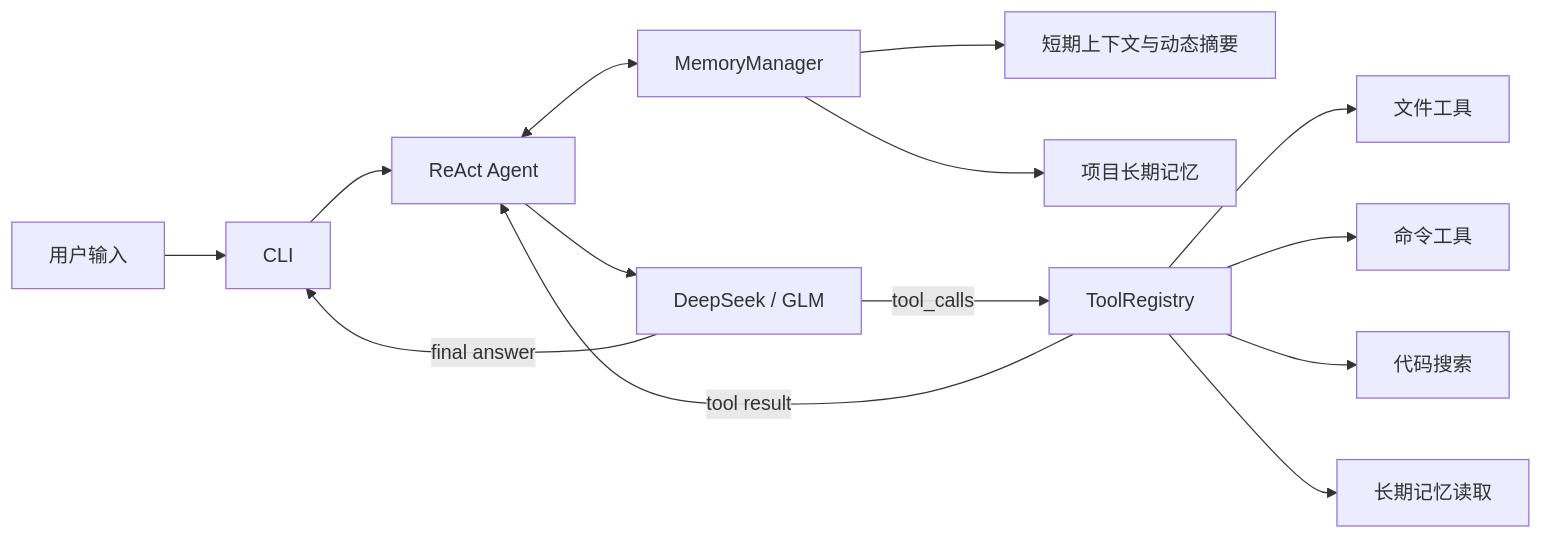
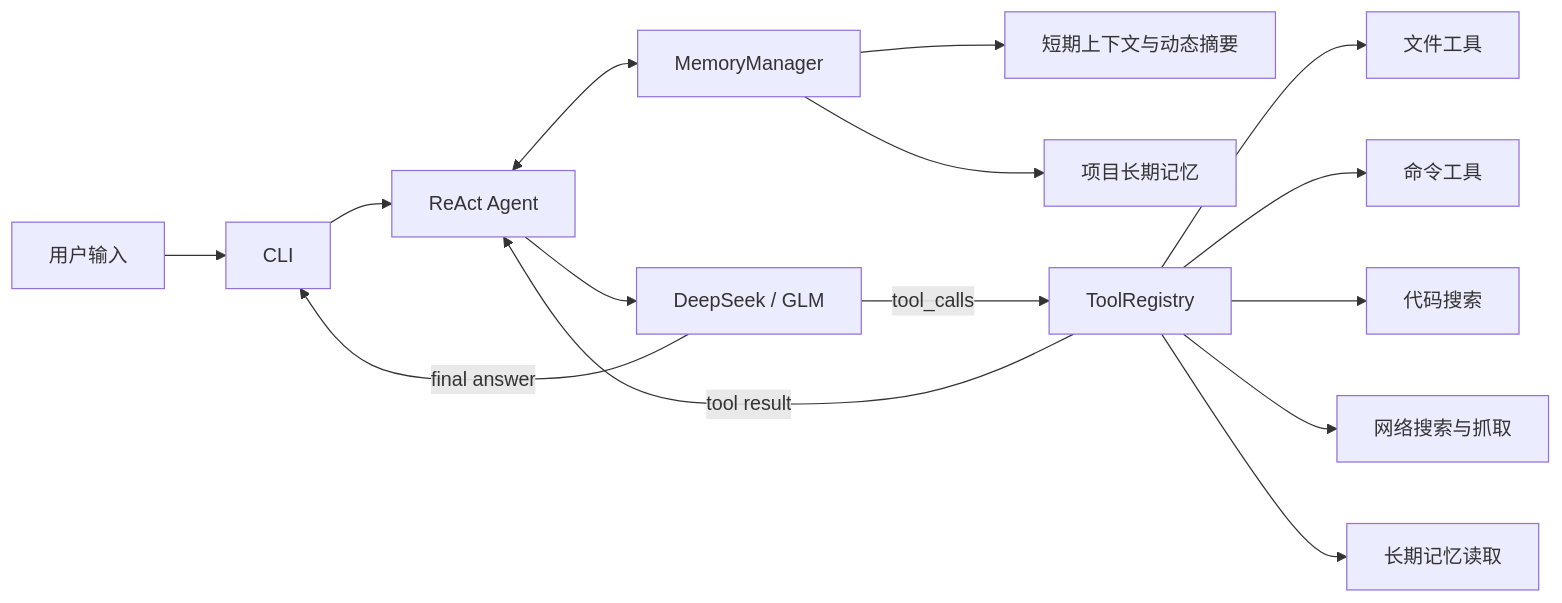
The diagram in README.md (wyp-aijishu/ICoder), drawn with Mermaid before and after one commit. The commit also changed other lines of this file and 17 other files, not shown here.

````diff
--- a/README.md
+++ b/README.md
@@ -122,16 +156,17 @@
 ```mermaid
 flowchart LR
 	User[用户输入] --> CLI[CLI]
 	CLI --> Agent[ReAct Agent]
 	Agent <--> Memory[MemoryManager]
 	Memory --> Short[短期上下文与动态摘要]
 	Memory --> Long[项目长期记忆]
 	Agent --> LLM[DeepSeek / GLM]
 	LLM -->|tool_calls| Registry[ToolRegistry]
 	Registry --> File[文件工具]
 	Registry --> Command[命令工具]
 	Registry --> Search[代码搜索]
+	Registry --> Web[网络搜索与抓取]
 	Registry --> ReadMemory[长期记忆读取]
 	Registry -->|tool result| Agent
 	LLM -->|final answer| CLI
 ```
````
